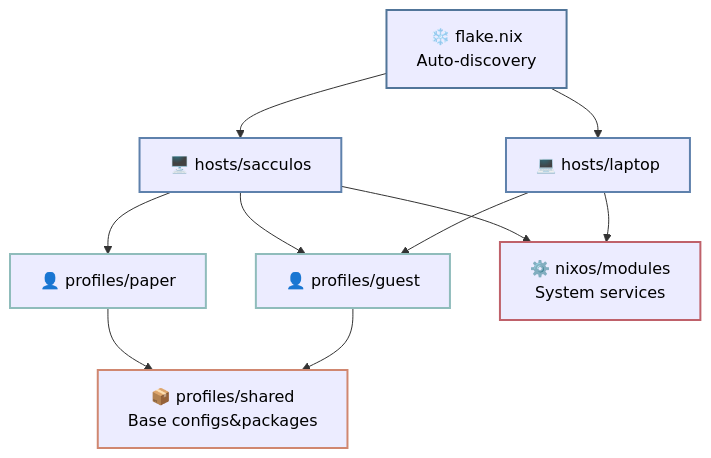
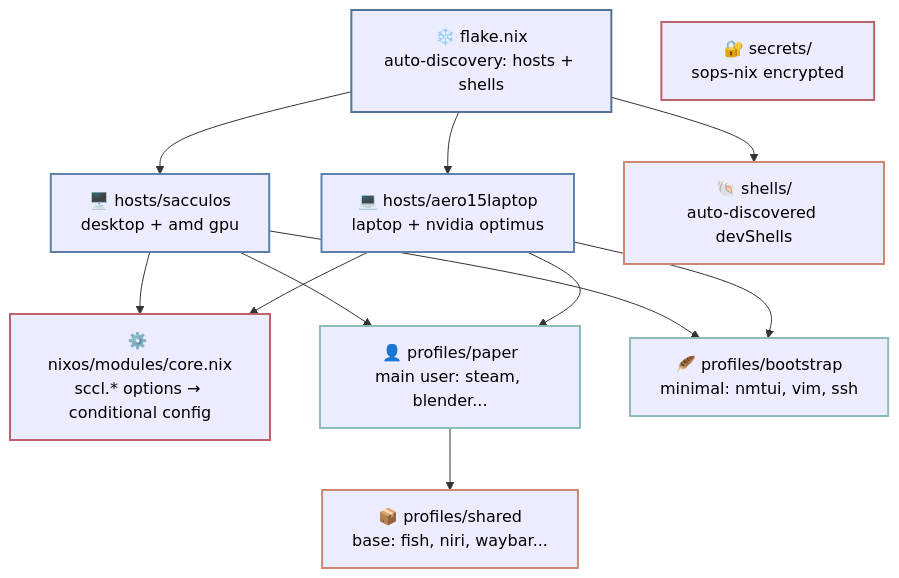
One commit to scclie/bred.sccl changed the diagram in content/en/it/os/sccl_nix.md. Above: the diagram before and after it, drawn with Mermaid. The commit also changed other lines of this file and 2 other files, not shown here.

Commit message:
feat: shell comment article: upd nix

`````diff
--- a/content/en/it/os/sccl_nix.md
+++ b/content/en/it/os/sccl_nix.md
@@ -86,38 +131,48 @@
 ```mermaid
 flowchart TD
-    F[❄️ flake.nix<br/>Auto-discovery]
+    F[❄️ flake.nix<br/>auto-discovery: hosts + shells]
 
-    P1[👤 profiles/paper]
-    P2[👤 profiles/guest]
+    NM[⚙️ nixos/modules/core.nix<br/>sccl.* options → conditional config]
 
-    H1[🖥️  hosts/sacculos]
-    H2[💻 hosts/laptop]
+    H1[🖥️  hosts/sacculos<br/>desktop + amd gpu]
+    H2[💻 hosts/aero15laptop<br/>laptop + nvidia optimus]
 
-   NM[⚙️ nixos/modules<br/>System services]
-   PS[📦 profiles/shared<br/>Base configs&packages]
+    P1[👤 profiles/paper<br/>main user: steam, blender...]
+    PS[📦 profiles/shared<br/>base: fish, niri, waybar...]
+
+    PB[🪶 profiles/bootstrap<br/>minimal: nmtui, vim, ssh]
+
+    S[🔐 secrets/<br/>sops-nix encrypted]
+    SH[🐚 shells/<br/>auto-discovered devShells]
 
     F --> H1
     F --> H2
-    
-    H1 --> P1
-    H1 --> P2
-    H2 --> P2
-    
-    P1 --> PS
-    P2 --> PS
-    
+    F --> SH
+
     H1 --> NM
     H2 --> NM
-    
+
+    H1 --> P1
+    H2 --> P1
+
+    H1 --> PB
+    H2 --> PB
+
+    P1 --> PS
+
     classDef flakeStyle stroke:#517599,stroke-width:2px,color:currentColor
     classDef hostStyle stroke:#5e81ac,stroke-width:2px,color:currentColor
     classDef profileStyle stroke:#8fbcbb,stroke-width:2px,color:currentColor
     classDef sharedStyle stroke:#d08770,stroke-width:2px,color:currentColor
     classDef moduleStyle stroke:#bf616a,stroke-width:2px,color:currentColor
-    
+    classDef secretStyle stroke:#bf616a,stroke-width:2px,color:currentColor
+    classDef shellStyle stroke:#d08770,stroke-width:2px,color:currentColor
+
     class F flakeStyle
     class H1,H2 hostStyle
-    class P1,P2 profileStyle
+    class P1,PB profileStyle
     class PS sharedStyle
     class NM moduleStyle
-````
+    class S secretStyle
+    class SH shellStyle
+```
`````
